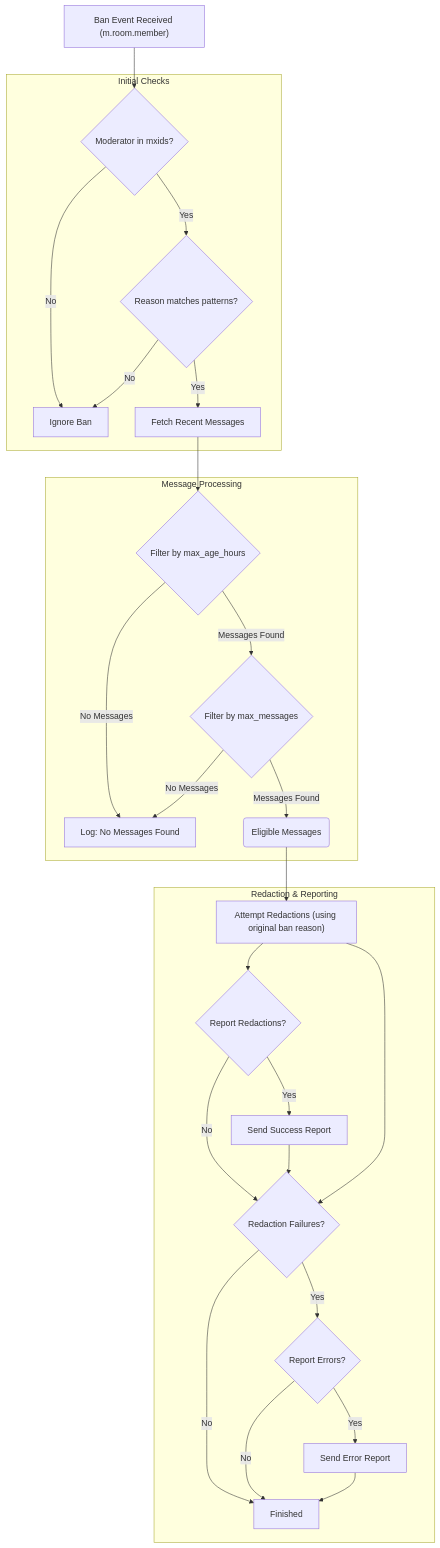
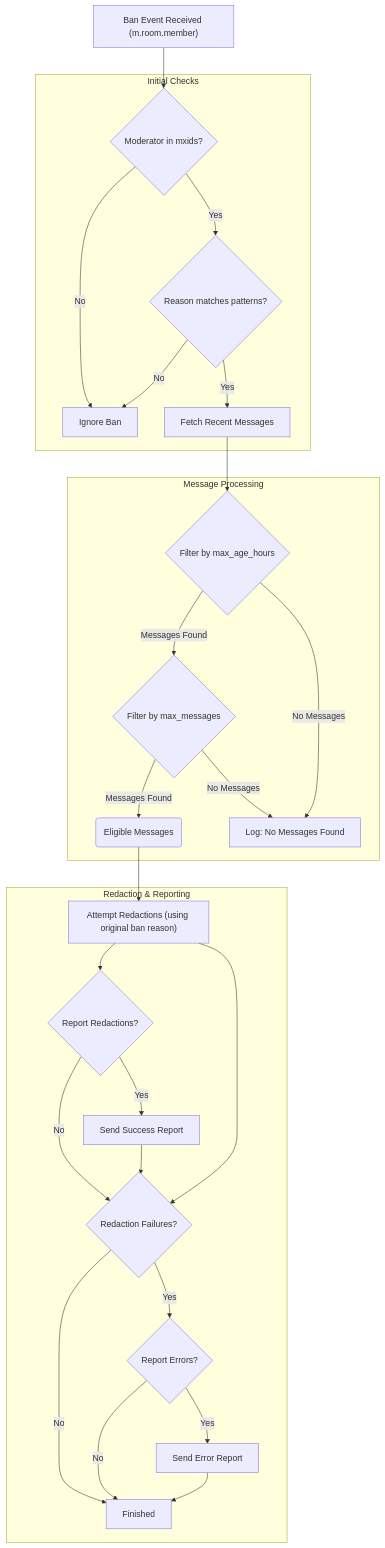
The diagram in README.md (tcpipuk/maubot-redactor), drawn with Mermaid before and after one commit. The commit also changed other lines of this file, not shown here.

````diff
--- a/README.md
+++ b/README.md
@@ -97,36 +97,36 @@
 ```mermaid
 graph TD
     A["Ban Event Received (m.room.member)"] --> CheckModerator{Moderator in mxids?};
 
     subgraph Initial Checks
         CheckModerator -- Yes --> CheckReason{Reason matches patterns?};
         CheckModerator -- No --> Z[Ignore Ban];
         CheckReason -- Yes --> FetchMessages["Fetch Recent Messages"];
         CheckReason -- No --> Z;
     end
 
     subgraph Message Processing
         FetchMessages --> FilterAge{Filter by max_age_hours};
         FilterAge -- Messages Found --> FilterCount{Filter by max_messages};
-        FilterAge -- No Messages --> Y[Log: No Messages Found];
         FilterCount -- Messages Found --> ProcessedMessages(Eligible Messages);
         FilterCount -- No Messages --> Y;
+        FilterAge -- No Messages --> Y[Log: No Messages Found];
     end
 
     ProcessedMessages --> AttemptRedactions["Attempt Redactions (using original ban reason)"];
 
     subgraph Redaction & Reporting
         AttemptRedactions --> ReportRedactions{Report Redactions?};
         ReportRedactions -- Yes --> SendSuccess[Send Success Report];
         ReportRedactions -- No --> CheckFailures;
         SendSuccess --> CheckFailures;
 
         AttemptRedactions --> CheckFailures{Redaction Failures?};
         CheckFailures -- Yes --> ReportErrors{Report Errors?};
         CheckFailures -- No --> J[Finished];
 
         ReportErrors -- Yes --> SendError[Send Error Report];
         ReportErrors -- No --> J;
         SendError --> J;
     end
 ```
````
